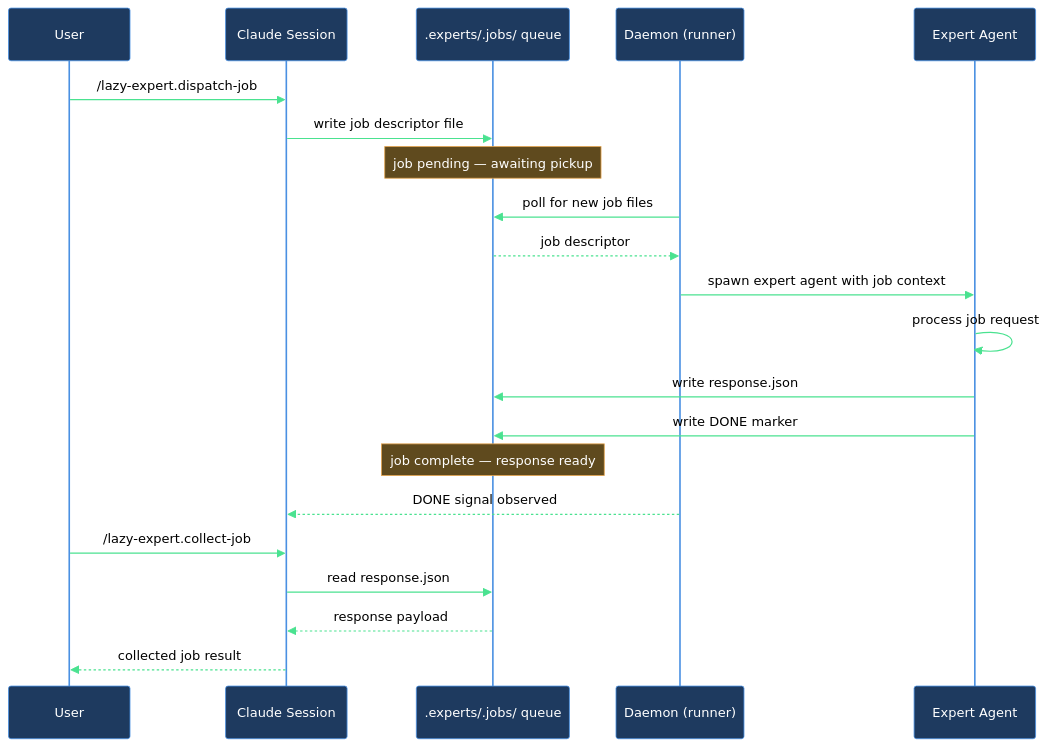
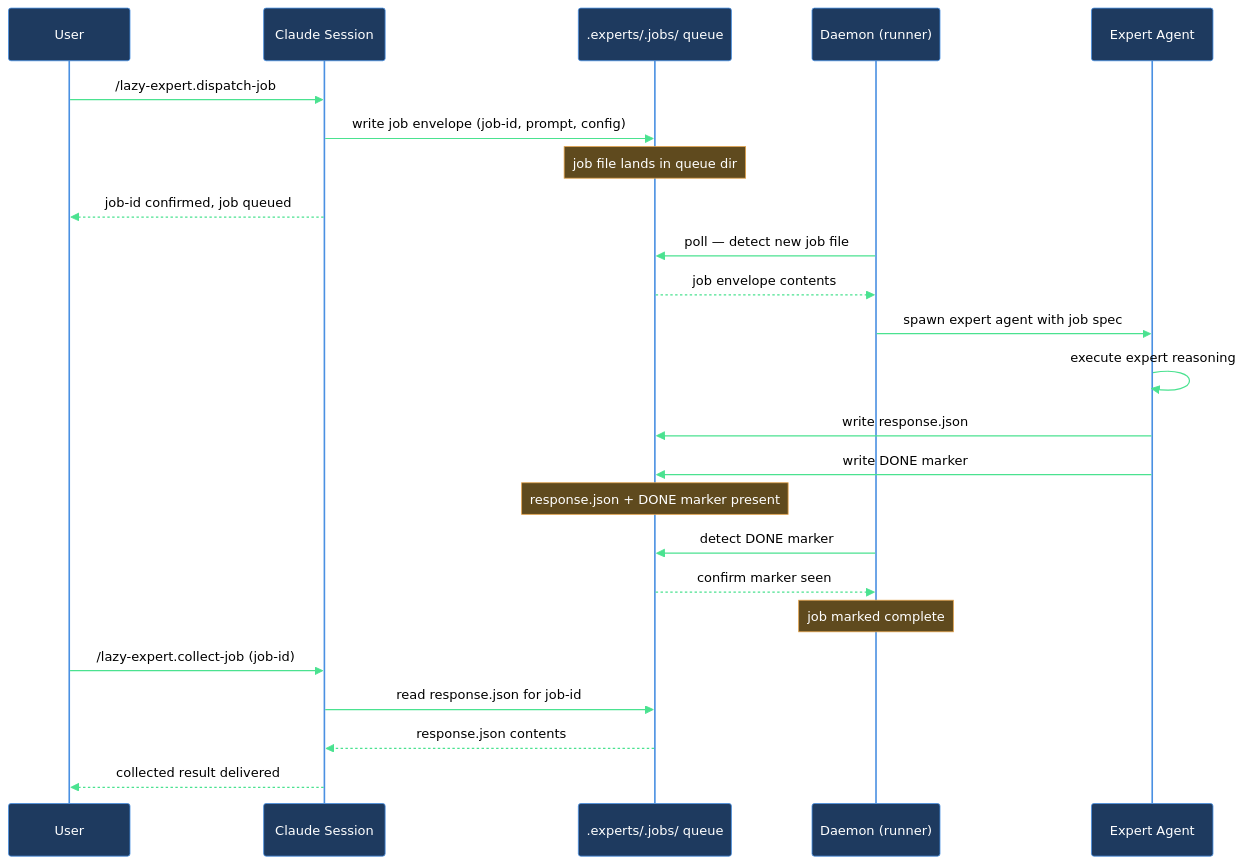
One commit to mebius-san/lazy-cortex changed the diagram in Claude/lazycortex-core/help/walkthroughs/setup-expert.md. Above: the diagram before and after it, drawn with Mermaid. The commit also changed other lines of this file and 96 other files, not shown here.

````diff
--- a/Claude/lazycortex-core/help/walkthroughs/setup-expert.md
+++ b/Claude/lazycortex-core/help/walkthroughs/setup-expert.md
@@ -144,25 +166,32 @@
 ```mermaid
 %%{init: {'themeVariables':{'background':'transparent','primaryColor':'#1e3a5f','primaryBorderColor':'#4a90e2','primaryTextColor':'#fff','lineColor':'#4ae290','actorBkg':'#1e3a5f','actorBorder':'#4a90e2','actorTextColor':'#fff','actorLineColor':'#4a90e2','signalColor':'#4ae290','signalTextColor':'#000','noteBkgColor':'#5f4a1e','noteBorderColor':'#e2a14a','noteTextColor':'#fff','labelBoxBkgColor':'#5f4a1e','labelBoxBorderColor':'#e2a14a','labelTextColor':'#fff','loopTextColor':'#e2a14a'},'sequence':{'diagramPadding':5,'useMaxWidth':true}}}%%
 sequenceDiagram
   participant user as User
   participant claudeSession as Claude Session
-  participant jobQueue as .experts/.jobs/ queue
+  participant jobsQueue as .experts/.jobs/ queue
   participant daemon as Daemon (runner)
   participant expertAgent as Expert Agent
 
   user->>claudeSession: /lazy-expert.dispatch-job
-  claudeSession->>jobQueue: write job descriptor file
-  Note over jobQueue: job pending — awaiting pickup
-  daemon->>jobQueue: poll for new job files
-  jobQueue-->>daemon: job descriptor
-  daemon->>expertAgent: spawn expert agent with job context
-  expertAgent->>expertAgent: process job request
-  expertAgent->>jobQueue: write response.json
-  expertAgent->>jobQueue: write DONE marker
-  Note over jobQueue: job complete — response ready
-  daemon-->>claudeSession: DONE signal observed
-  user->>claudeSession: /lazy-expert.collect-job
-  claudeSession->>jobQueue: read response.json
-  jobQueue-->>claudeSession: response payload
-  claudeSession-->>user: collected job result
+  claudeSession->>jobsQueue: write job envelope (job-id, prompt, config)
+  Note over jobsQueue: job file lands in queue dir
+  claudeSession-->>user: job-id confirmed, job queued
+
+  daemon->>jobsQueue: poll — detect new job file
+  jobsQueue-->>daemon: job envelope contents
+  daemon->>expertAgent: spawn expert agent with job spec
+
+  expertAgent->>expertAgent: execute expert reasoning
+  expertAgent->>jobsQueue: write response.json
+  expertAgent->>jobsQueue: write DONE marker
+  Note over jobsQueue: response.json + DONE marker present
+
+  daemon->>jobsQueue: detect DONE marker
+  jobsQueue-->>daemon: confirm marker seen
+  Note over daemon: job marked complete
+
+  user->>claudeSession: /lazy-expert.collect-job (job-id)
+  claudeSession->>jobsQueue: read response.json for job-id
+  jobsQueue-->>claudeSession: response.json contents
+  claudeSession-->>user: collected result delivered
 ```
````
